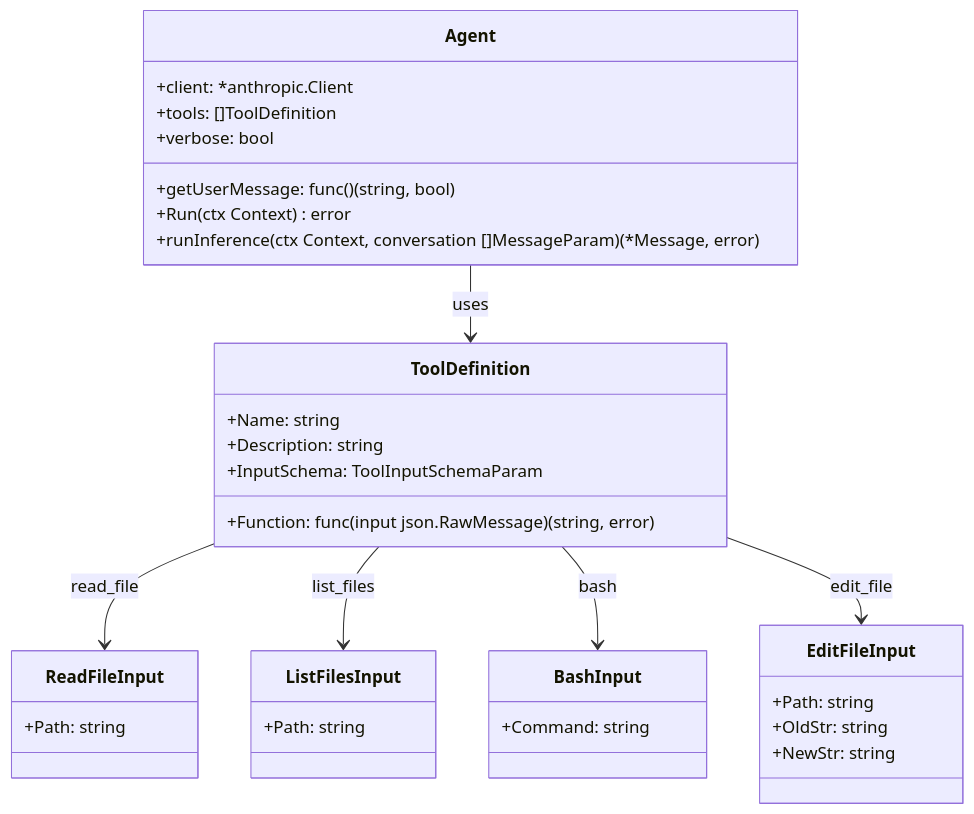
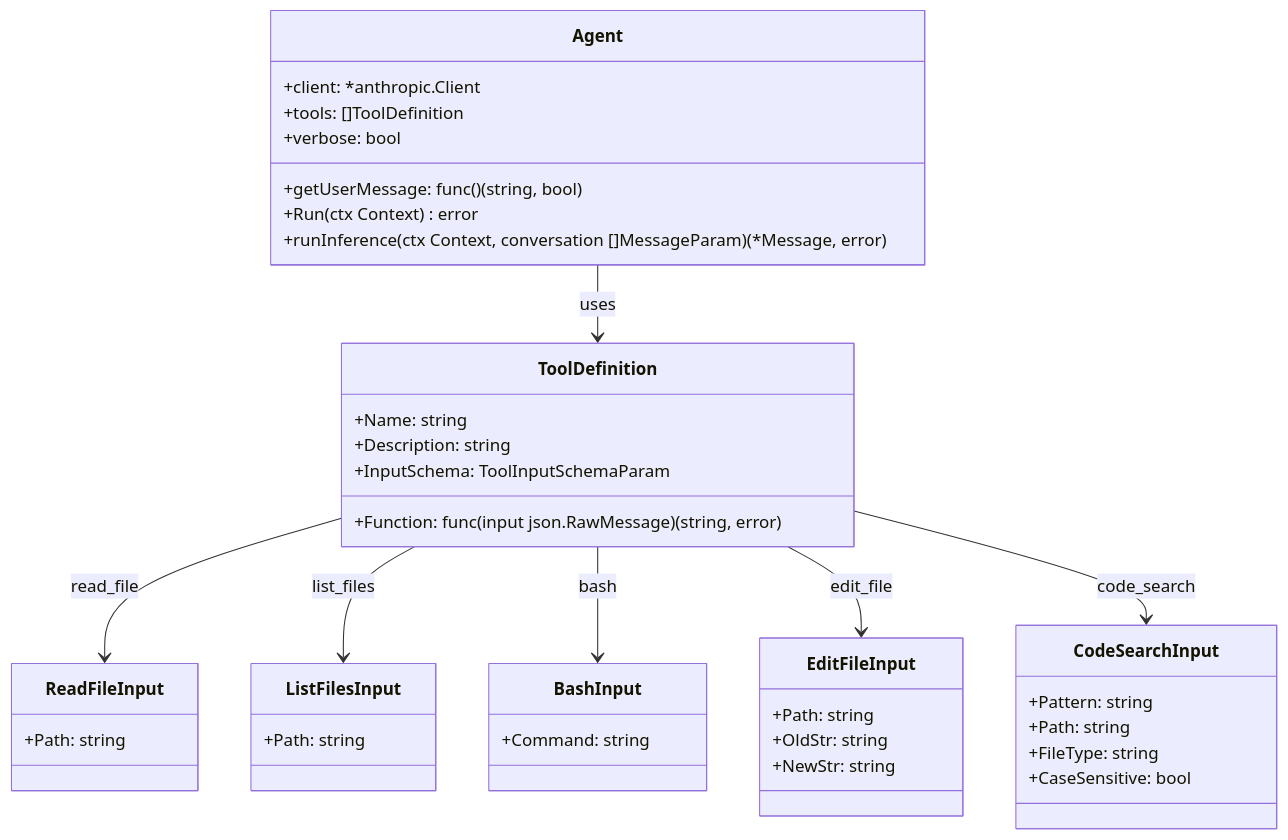
The third of 3 diagrams in README.md (jperrello/BRUTUS), drawn with Mermaid before and after one commit. The commit also changed other lines of this file and 1 other file, not shown here.

First line of the commit message:
Add code search agent with ripgrep integration

````diff
--- a/README.md
+++ b/README.md
@@ -175,42 +200,50 @@
 ```mermaid
 classDiagram
     class Agent {
         +client: *anthropic.Client
         +getUserMessage: func() (string, bool)
         +tools: []ToolDefinition
         +verbose: bool
         +Run(ctx Context) error
         +runInference(ctx Context, conversation []MessageParam) (*Message, error)
     }
     
     class ToolDefinition {
         +Name: string
         +Description: string
         +InputSchema: ToolInputSchemaParam
         +Function: func(input json.RawMessage) (string, error)
     }
     
     class ReadFileInput {
         +Path: string
     }
     
     class ListFilesInput {
         +Path: string
     }
     
     class BashInput {
         +Command: string
     }
     
     class EditFileInput {
         +Path: string
         +OldStr: string
         +NewStr: string
     }
     
+    class CodeSearchInput {
+        +Pattern: string
+        +Path: string
+        +FileType: string
+        +CaseSensitive: bool
+    }
+    
     Agent --> ToolDefinition : uses
     ToolDefinition --> ReadFileInput : read_file
     ToolDefinition --> ListFilesInput : list_files  
     ToolDefinition --> BashInput : bash
     ToolDefinition --> EditFileInput : edit_file
+    ToolDefinition --> CodeSearchInput : code_search
 ```
````
